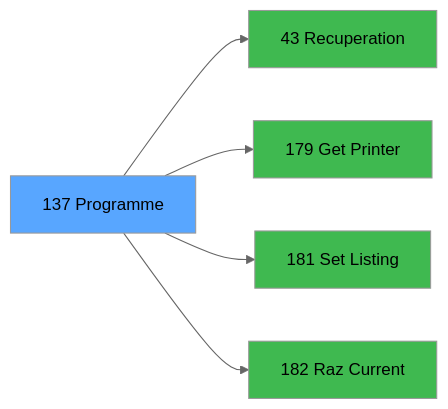
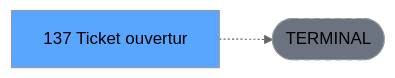
Before and after one commit to thonyAGP/lecteur-magic: the third of 3 diagrams in .openspec/renders/ADH-IDE-137.md, drawn with Mermaid (neutral theme). The commit also changed other lines of this file and 701 other files, not shown here.

````diff
--- a/.openspec/renders/ADH-IDE-137.md
+++ b/.openspec/renders/ADH-IDE-137.md
@@ -151,17 +141,8 @@
 ```mermaid
 graph LR
-    T[137 Programme]
-    C43[43 Recuperation]
-    T --> C43
-    C179[179 Get Printer]
-    T --> C179
-    C181[181 Set Listing ]
-    T --> C181
-    C182[182 Raz Current ]
-    T --> C182
+    T[137 Ticket ouvertur]
+    TERM([TERMINAL])
+    T -.-> TERM
+    style TERM fill:#6b7280,stroke-dasharray: 5 5
     style T fill:#58a6ff,color:#000
-    style C43 fill:#3fb950
-    style C179 fill:#3fb950
-    style C181 fill:#3fb950
-    style C182 fill:#3fb950
 ```
````
